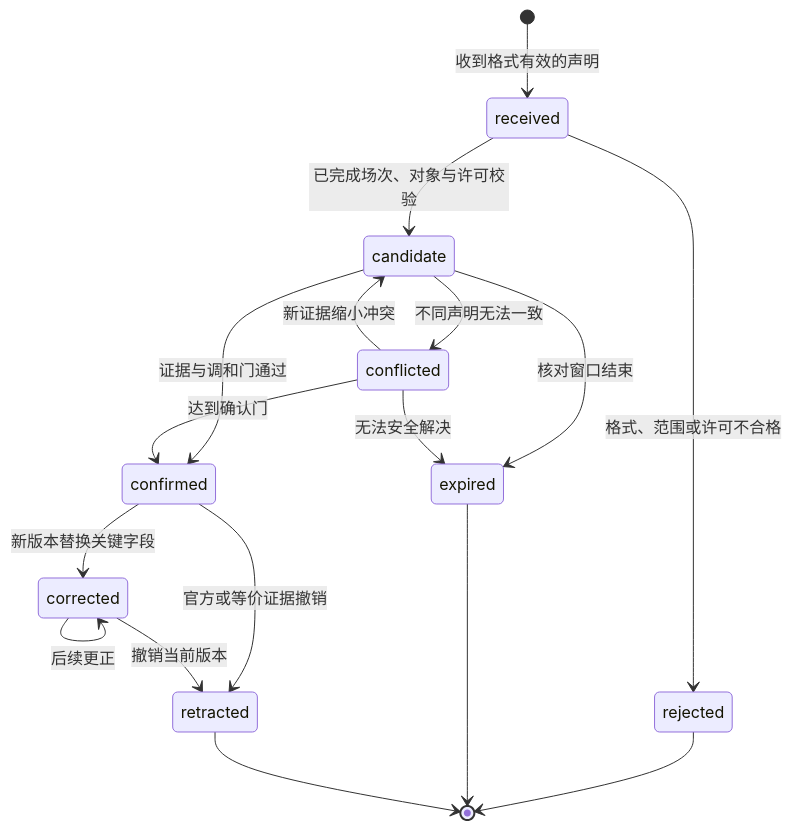
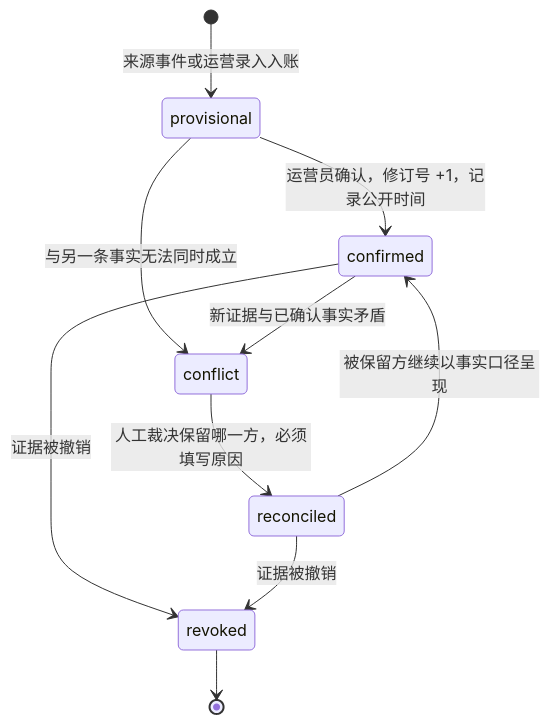
The first of 2 diagrams in docs/球球全套资料/8.附录/附录D-比赛事实状态机、数据字典与消息示例.md (weiz98417-crypto/qiuqiu), drawn with Mermaid before and after one commit. The commit also changed other lines of this file and 19 other files, not shown here.

````diff
--- a/docs/球球全套资料/8.附录/附录D-比赛事实状态机、数据字典与消息示例.md
+++ b/docs/球球全套资料/8.附录/附录D-比赛事实状态机、数据字典与消息示例.md
@@ -48,19 +26,12 @@
 ```mermaid
 stateDiagram-v2
-    [*] --> received: 收到格式有效的声明
-    received --> candidate: 已完成场次、对象与许可校验
-    candidate --> confirmed: 证据与调和门通过
-    candidate --> conflicted: 不同声明无法一致
-    conflicted --> candidate: 新证据缩小冲突
-    conflicted --> confirmed: 达到确认门
-    confirmed --> corrected: 新版本替换关键字段
-    confirmed --> retracted: 官方或等价证据撤销
-    corrected --> corrected: 后续更正
-    corrected --> retracted: 撤销当前版本
-    received --> rejected: 格式、范围或许可不合格
-    candidate --> expired: 核对窗口结束
-    conflicted --> expired: 无法安全解决
-    rejected --> [*]
-    expired --> [*]
-    retracted --> [*]
+    [*] --> provisional: 来源事件或运营录入入账
+    provisional --> confirmed: 运营员确认，修订号 +1，记录公开时间
+    provisional --> conflict: 与另一条事实无法同时成立
+    confirmed --> conflict: 新证据与已确认事实矛盾
+    conflict --> reconciled: 人工裁决保留哪一方，必须填写原因
+    reconciled --> confirmed: 被保留方继续以事实口径呈现
+    confirmed --> revoked: 证据被撤销
+    reconciled --> revoked: 证据被撤销
+    revoked --> [*]
 ```
````
